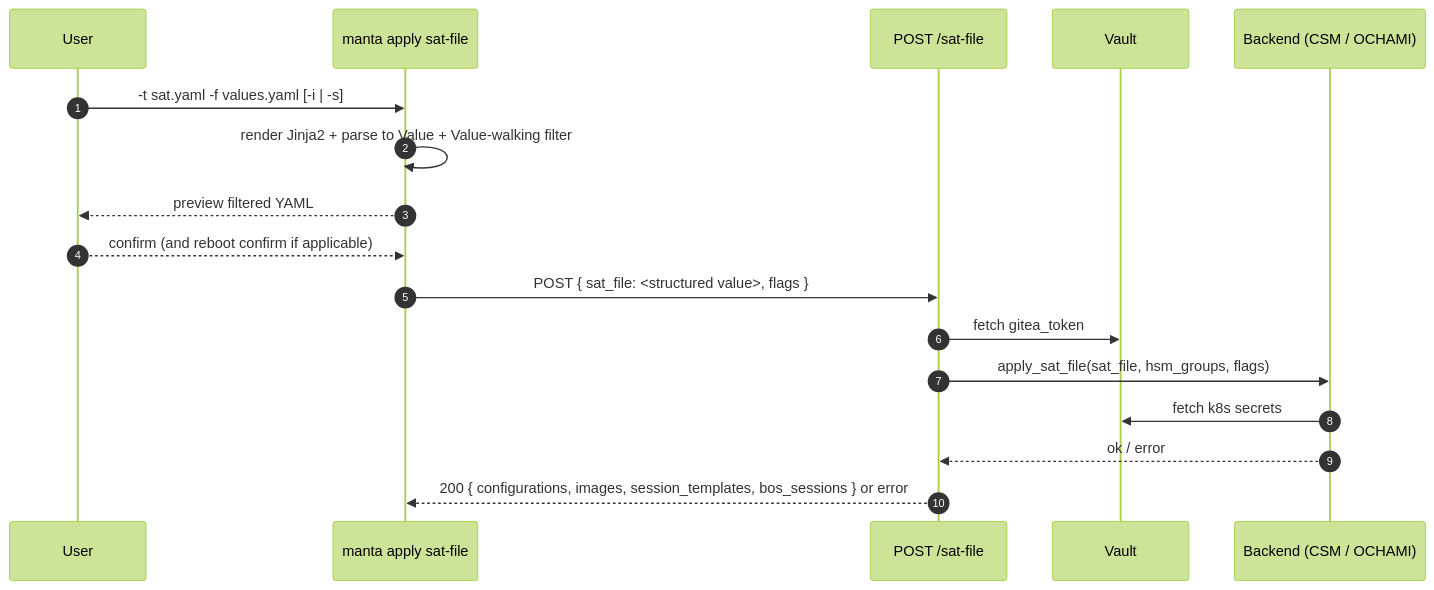
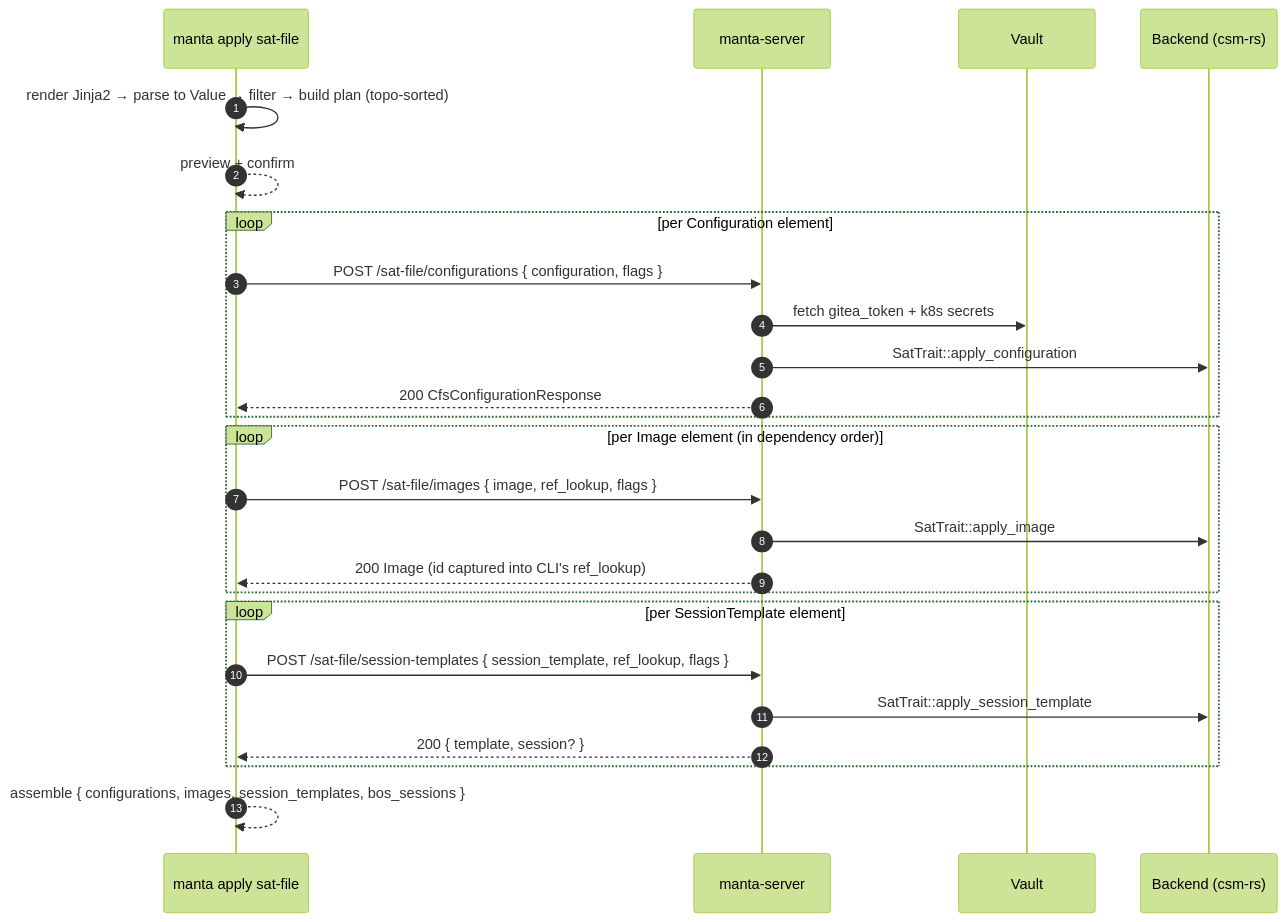
The diagram in API.md (eth-cscs/manta), drawn with Mermaid (forest theme) before and after one commit. The commit also changed other lines of this file and 4 other files, not shown here.

First line of the commit message:
docs: refresh SAT-file flow and add macOS config paths

````diff
--- a/API.md
+++ b/API.md
@@ -1067,20 +1065,32 @@
 ```mermaid
 sequenceDiagram
   autonumber
-  participant U as User
   participant CLI as manta apply sat-file
-  participant Srv as POST /sat-file
+  participant Srv as manta-server
   participant Vault
-  participant BE as Backend (CSM / OCHAMI)
+  participant BE as Backend (csm-rs)
 
-  U->>CLI: -t sat.yaml -f values.yaml [-i | -s]
-  CLI->>CLI: render Jinja2 + parse to Value + Value-walking filter
-  CLI-->>U: preview filtered YAML
-  U-->>CLI: confirm (and reboot confirm if applicable)
-  CLI->>Srv: POST { sat_file: <structured value>, flags }
-  Srv->>Vault: fetch gitea_token
-  Srv->>BE: apply_sat_file(sat_file, hsm_groups, flags)
-  BE->>Vault: fetch k8s secrets
-  BE-->>Srv: ok / error
-  Srv-->>CLI: 200 { configurations, images, session_templates, bos_sessions } or error
+  CLI->>CLI: render Jinja2 → parse to Value → filter → build plan (topo-sorted)
+  CLI-->>CLI: preview + confirm
+
+  loop per Configuration element
+    CLI->>Srv: POST /sat-file/configurations { configuration, flags }
+    Srv->>Vault: fetch gitea_token + k8s secrets
+    Srv->>BE: SatTrait::apply_configuration
+    Srv-->>CLI: 200 CfsConfigurationResponse
+  end
+
+  loop per Image element (in dependency order)
+    CLI->>Srv: POST /sat-file/images { image, ref_lookup, flags }
+    Srv->>BE: SatTrait::apply_image
+    Srv-->>CLI: 200 Image (id captured into CLI's ref_lookup)
+  end
+
+  loop per SessionTemplate element
+    CLI->>Srv: POST /sat-file/session-templates { session_template, ref_lookup, flags }
+    Srv->>BE: SatTrait::apply_session_template
+    Srv-->>CLI: 200 { template, session? }
+  end
+
+  CLI-->>CLI: assemble { configurations, images, session_templates, bos_sessions }
 ```
````
